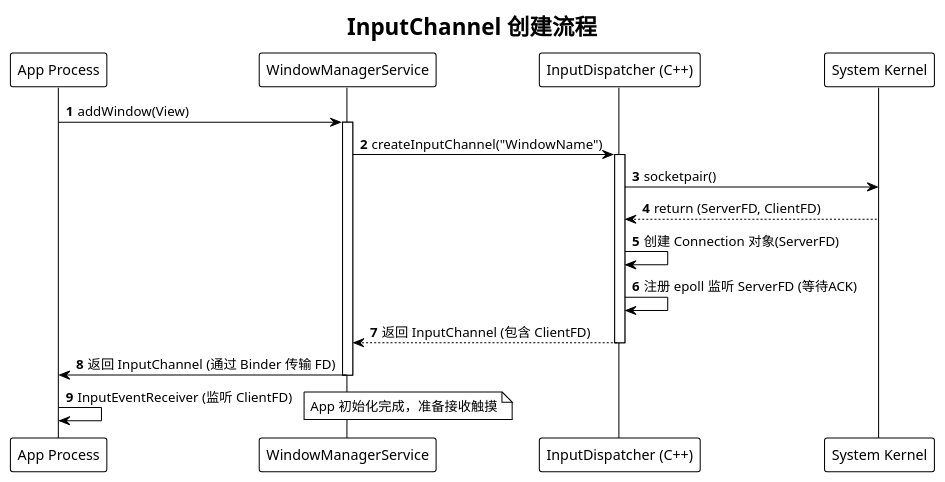
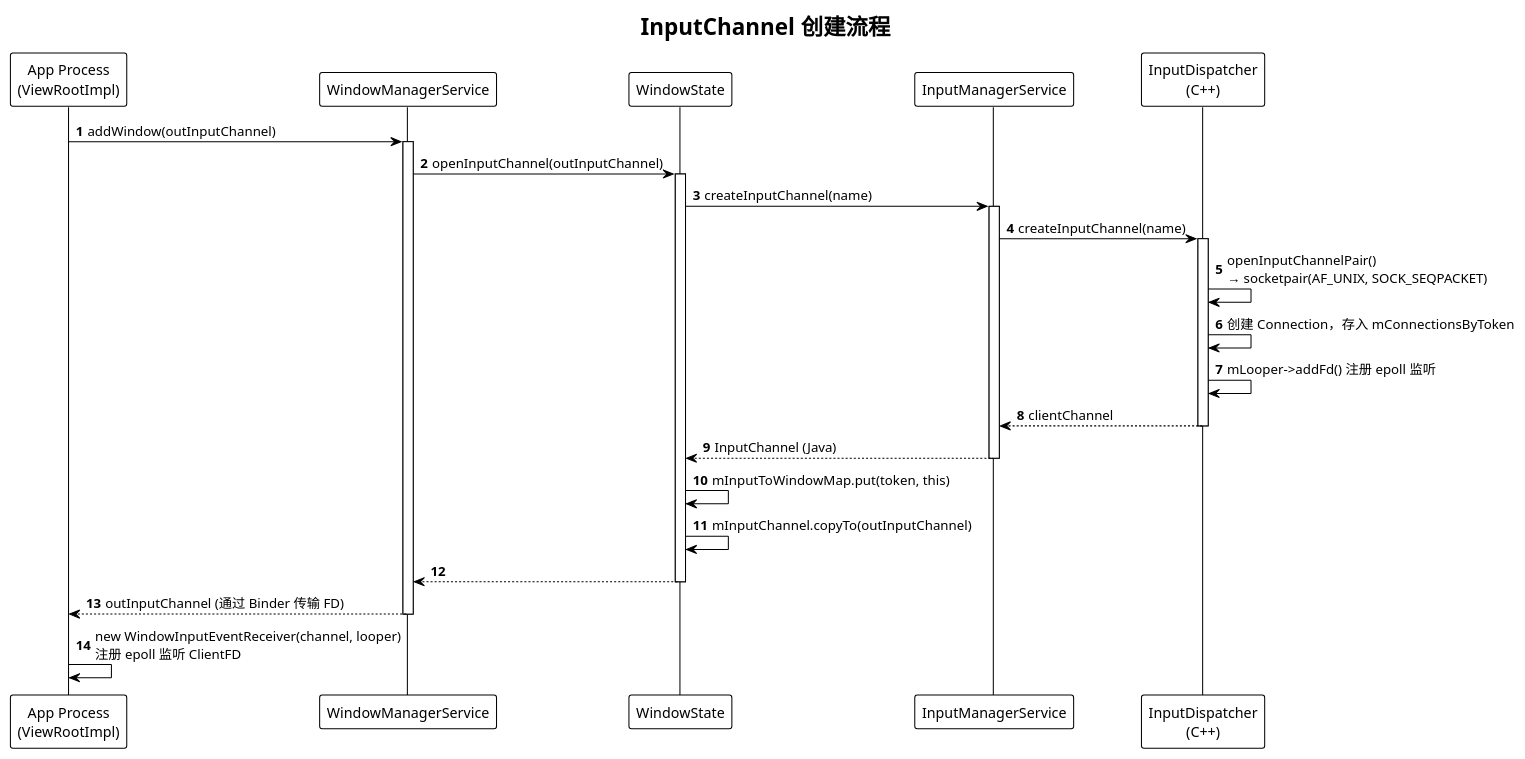
Before and after one commit to Ethen-Cao/ethenslab: the first of 2 diagrams in content/android-dev/windowmanager/inputchannel.md, drawn with PlantUML. The commit also changed other lines of this file and 21 other files, not shown here.

````diff
--- a/content/android-dev/windowmanager/inputchannel.md
+++ b/content/android-dev/windowmanager/inputchannel.md
@@ -85,36 +151,48 @@
 ```plantuml
 @startuml
 !theme plain
 title InputChannel 创建流程
 
-participant "App Process" as App
+participant "App Process\n(ViewRootImpl)" as App
 participant "WindowManagerService" as WMS
-participant "InputDispatcher (C++)" as ID
-participant "System Kernel" as Kernel
+participant "WindowState" as WS
+participant "InputManagerService" as IMS
+participant "InputDispatcher\n(C++)" as ID
 
 autonumber
 
-App -> WMS: addWindow(View)
+App -> WMS: addWindow(outInputChannel)
 activate WMS
 
-WMS -> ID: createInputChannel("WindowName")
+WMS -> WS: openInputChannel(outInputChannel)
+activate WS
+
+WS -> IMS: createInputChannel(name)
+activate IMS
+
+IMS -> ID: createInputChannel(name)
 activate ID
 
-ID -> Kernel: socketpair()
-Kernel --> ID: return (ServerFD, ClientFD)
+ID -> ID: openInputChannelPair()\n→ socketpair(AF_UNIX, SOCK_SEQPACKET)
+ID -> ID: 创建 Connection，存入 mConnectionsByToken
+ID -> ID: mLooper->addFd() 注册 epoll 监听
 
-ID -> ID: 创建 Connection 对象(ServerFD)
-ID -> ID: 注册 epoll 监听 ServerFD (等待ACK)
-
-ID --> WMS: 返回 InputChannel (包含 ClientFD)
+ID --> IMS: clientChannel
 deactivate ID
 
-WMS -> App: 返回 InputChannel (通过 Binder 传输 FD)
+IMS --> WS: InputChannel (Java)
+deactivate IMS
+
+WS -> WS: mInputToWindowMap.put(token, this)
+WS -> WS: mInputChannel.copyTo(outInputChannel)
+
+WS --> WMS
+deactivate WS
+
+WMS --> App: outInputChannel (通过 Binder 传输 FD)
 deactivate WMS
 
-App -> App: InputEventReceiver (监听 ClientFD)
-note right: App 初始化完成，准备接收触摸
+App -> App: new WindowInputEventReceiver(channel, looper)\n注册 epoll 监听 ClientFD
 
 @enduml
-
 ```
````
